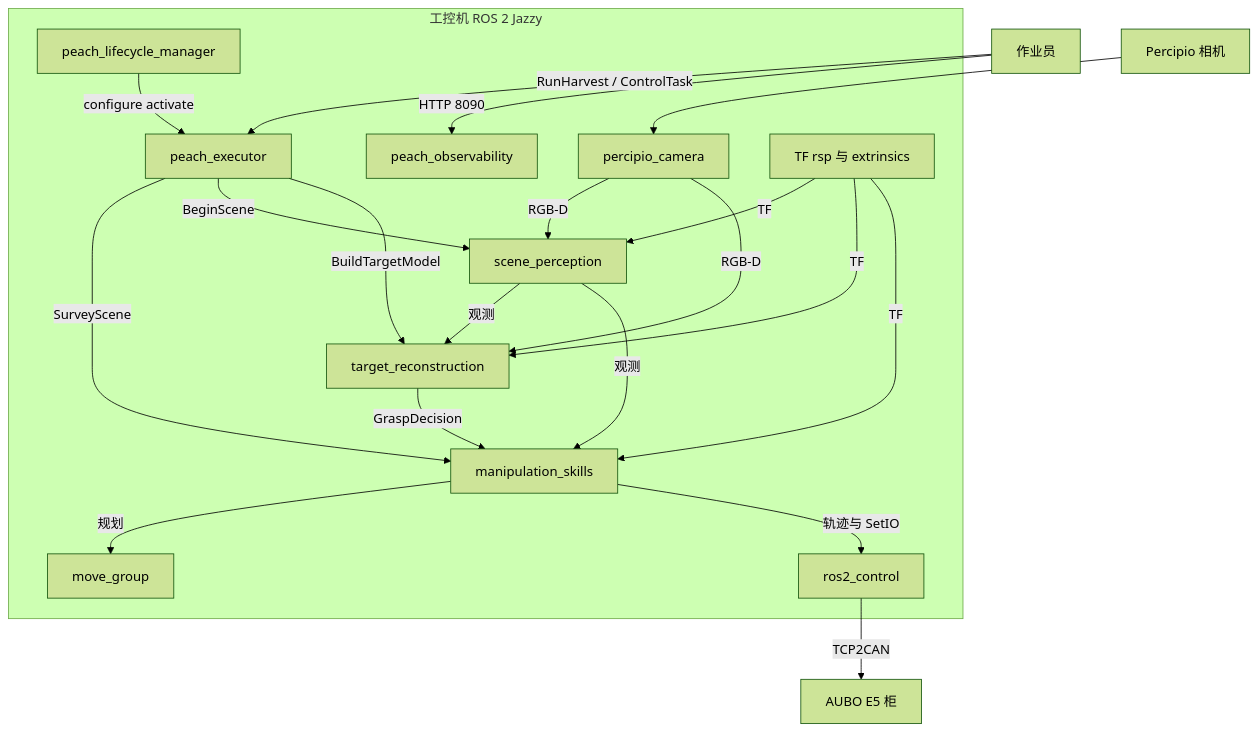
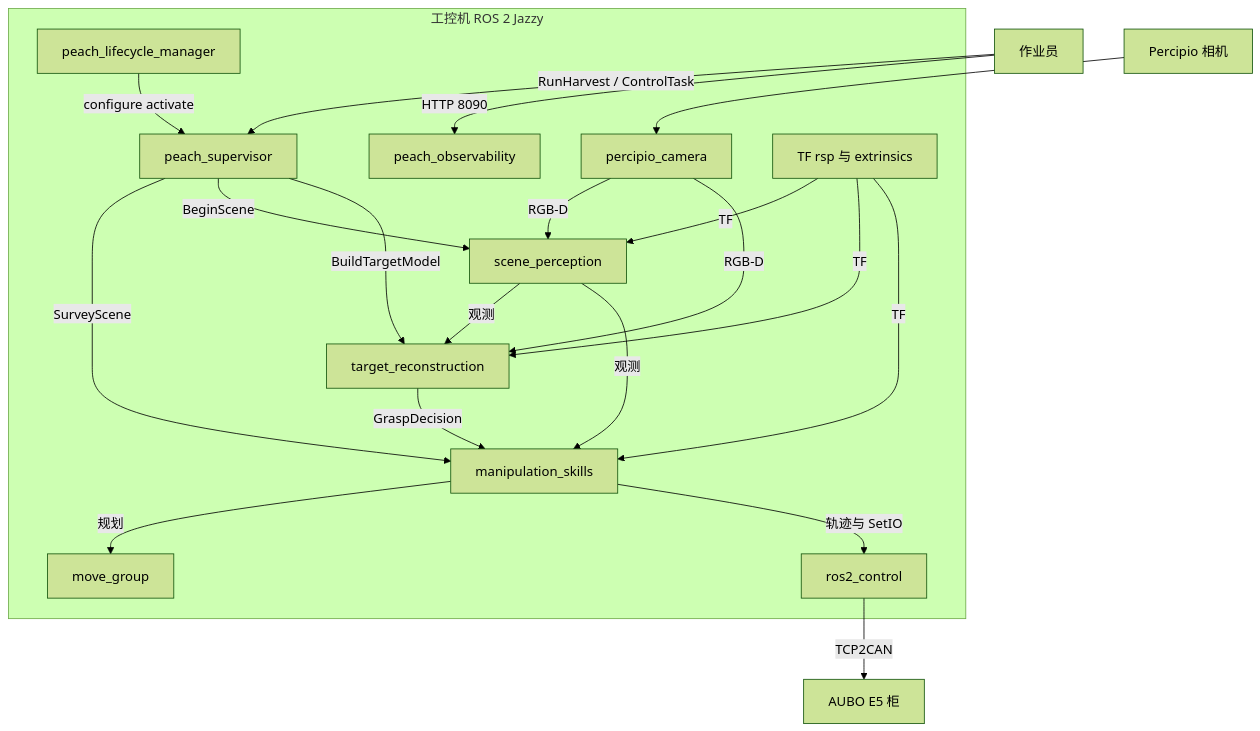
One commit to MUHAN11-c/aubo_boot changed the second of 15 diagrams in docs/architecture.md. Above: the diagram before and after it, drawn with Mermaid (forest theme). The commit also changed other lines of this file and 36 other files, not shown here.

First line of the commit message:
refactor(peach): 阶段6-3 节点改名 peach_executor→peach_supervisor（图名波）

````diff
--- a/docs/architecture.md
+++ b/docs/architecture.md
@@ -102,36 +102,36 @@
 ```mermaid
 flowchart TB
   op["作业员"]
   e5["AUBO E5 柜"]
   camhw["Percipio 相机"]
   subgraph ipc["工控机 ROS 2 Jazzy"]
-    exe["peach_executor"]
+    exe["peach_supervisor"]
     lcm["peach_lifecycle_manager"]
     obs["peach_observability"]
     sc["scene_perception"]
     rc["target_reconstruction"]
     sk["manipulation_skills"]
     mg["move_group"]
     r2c["ros2_control"]
     pcam["percipio_camera"]
     tf["TF rsp 与 extrinsics"]
   end
   op -->|"RunHarvest / ControlTask"| exe
   op -->|"HTTP 8090"| obs
   lcm -->|"configure activate"| exe
   exe -->|"SurveyScene"| sk
   exe -->|"BeginScene"| sc
   exe -->|"BuildTargetModel"| rc
   sc -->|"观测"| rc
   sc -->|"观测"| sk
   rc -->|"GraspDecision"| sk
   pcam -->|"RGB-D"| sc
   pcam -->|"RGB-D"| rc
   tf -->|"TF"| sc
   tf -->|"TF"| rc
   tf -->|"TF"| sk
   sk -->|"规划"| mg
   sk -->|"轨迹与 SetIO"| r2c
   camhw --> pcam
   r2c -->|"TCP2CAN"| e5
 ```
````
